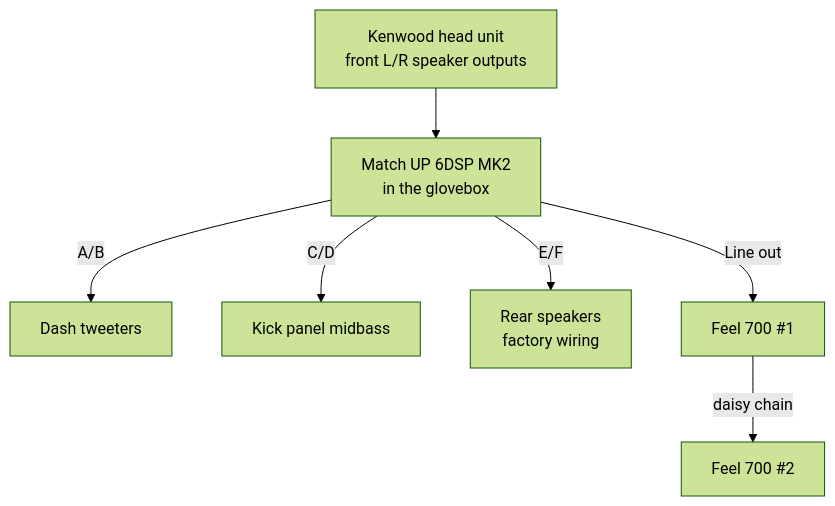
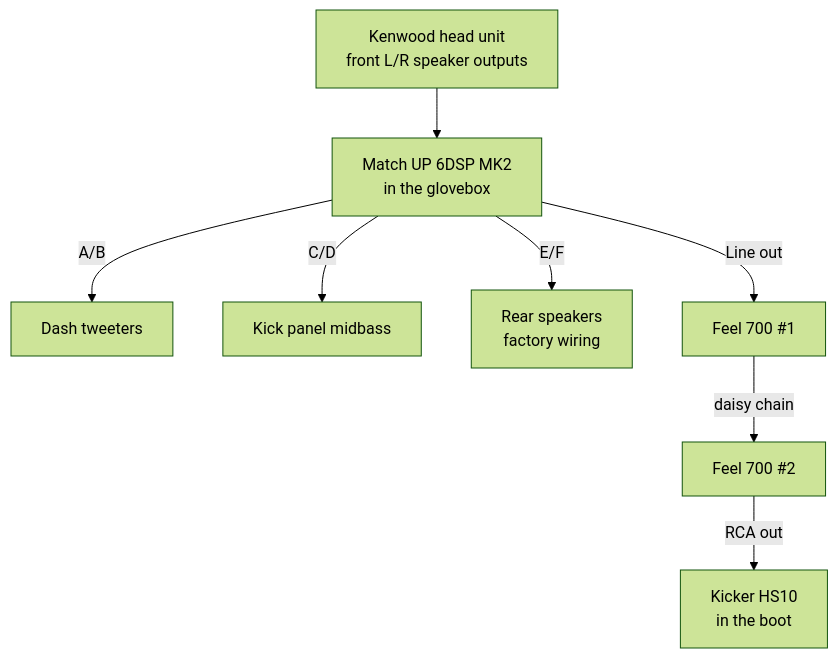
Before and after one commit to badsyntax/jimny-sound: the first of 4 diagrams in docs/index.md, drawn with Mermaid (forest theme). The commit also changed other lines of this file and 17 other files, not shown here.

First line of the commit message:
Blog: add the HS10 boot sub, remove author name

````diff
--- a/docs/index.md
+++ b/docs/index.md
@@ -55,9 +55,10 @@
 ```mermaid
 flowchart TD
     HU["Kenwood head unit<br/>front L/R speaker outputs"] --> AMP["Match UP 6DSP MK2<br/>in the glovebox"]
     AMP -->|"A/B"| TW["Dash tweeters"]
     AMP -->|"C/D"| MID["Kick panel midbass"]
     AMP -->|"E/F"| REAR["Rear speakers<br/>factory wiring"]
     AMP -->|"Line out"| SUB1["Feel 700 #1"]
     SUB1 -->|"daisy chain"| SUB2["Feel 700 #2"]
+    SUB2 -->|"RCA out"| HS10["Kicker HS10<br/>in the boot"]
 ```
````
